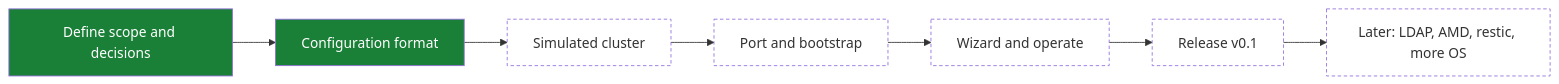
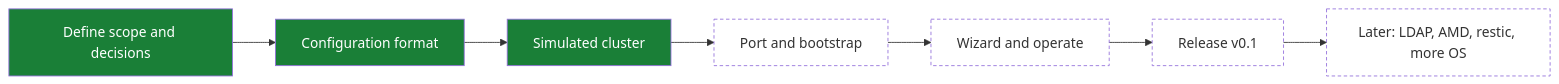
One commit to enajx/nanoHPC changed the first of 2 diagrams in PROJECT.md. Above: the diagram before and after it, drawn with Mermaid. The commit also changed other lines of this file and 2 other files, not shown here.

First line of the commit message:
Close the simulated cluster milestone after the Linux check passed

````diff
--- a/PROJECT.md
+++ b/PROJECT.md
@@ -34,13 +34,13 @@
 ```mermaid
 flowchart LR
   classDef done fill:#1a7f37,color:#fff
   classDef wip fill:#d4a72c,color:#000
   classDef queued fill:none,stroke-dasharray:4 3
 
   P1[Define scope and decisions]:::done --> P2[Configuration format]:::done
-  P2 --> P3[Simulated cluster]:::queued
+  P2 --> P3[Simulated cluster]:::done
   P3 --> P4[Port and bootstrap]:::queued
   P4 --> P5[Wizard and operate]:::queued
   P5 --> P6[Release v0.1]:::queued
   P6 --> P7[Later: LDAP, AMD, restic, more OS]:::queued
 ```
````
